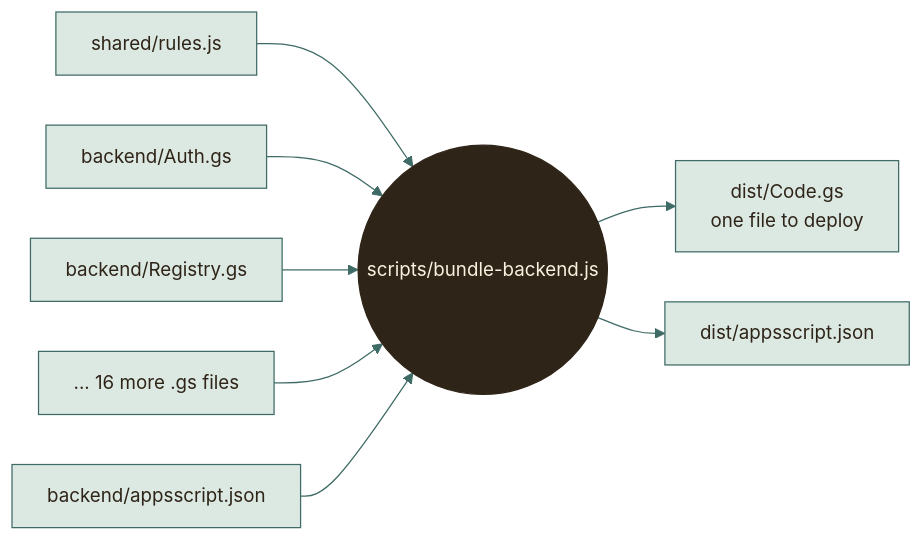
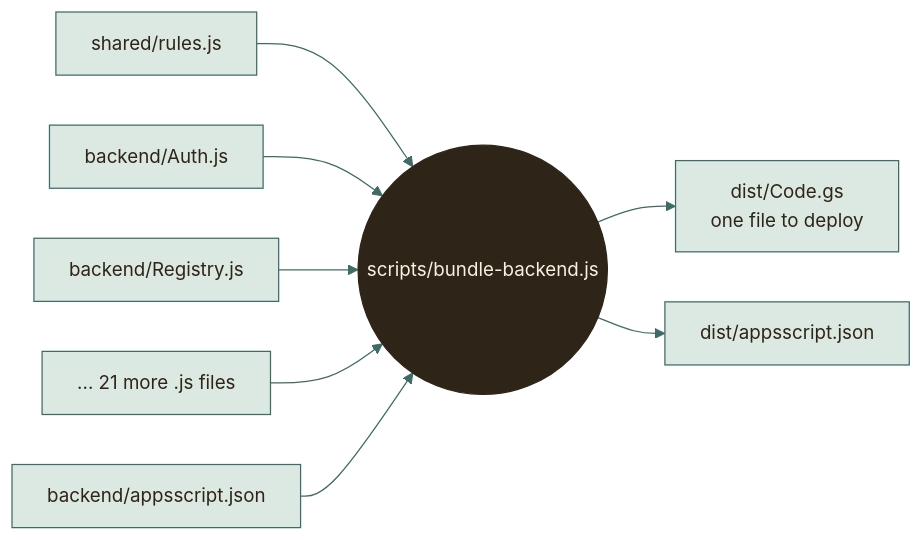
One commit to moyeh04/forms-platform changed the fourth of 9 diagrams in docs/architecture/WORKAROUNDS.md. Above: the diagram before and after it, drawn with Mermaid. The commit also changed other lines of this file and 37 other files, not shown here.

````diff
--- a/docs/architecture/WORKAROUNDS.md
+++ b/docs/architecture/WORKAROUNDS.md
@@ -235,40 +235,40 @@
 ```mermaid
 %%{init: {
   'theme': 'base',
   'themeVariables': {
     'fontFamily': 'ui-sans-serif, system-ui, -apple-system, Segoe UI, Roboto, sans-serif',
     'fontSize': '15px',
     'primaryColor': '#DCE9E2', 'primaryBorderColor': '#3F6B66', 'primaryTextColor': '#2F2418',
     'secondaryColor': '#F0E4C8', 'secondaryBorderColor': '#C9A24A', 'secondaryTextColor': '#2F2418',
     'tertiaryColor': '#F6EFDC', 'tertiaryBorderColor': '#CDBB94', 'tertiaryTextColor': '#2F2418',
     'lineColor': '#3F6B66', 'textColor': '#2F2418', 'mainBkg': '#DCE9E2', 'nodeBorder': '#3F6B66',
     'clusterBkg': '#F6EFDC', 'clusterBorder': '#CDBB94', 'titleColor': '#2F2418',
     'edgeLabelBackground': '#F8F1DD',
     'actorBkg': '#DCE9E2', 'actorBorder': '#3F6B66', 'actorTextColor': '#2F2418', 'actorLineColor': '#8FB3AB',
     'signalColor': '#477A73', 'signalTextColor': '#477A73',
     'labelBoxBkgColor': '#F0E4C8', 'labelBoxBorderColor': '#C9A24A', 'labelTextColor': '#2F2418', 'loopTextColor': '#6A5A44',
     'noteBkgColor': '#FBEFC9', 'noteBorderColor': '#C9A24A', 'noteTextColor': '#2F2418',
     'activationBkgColor': '#DCE9E2', 'activationBorderColor': '#3F6B66', 'sequenceNumberColor': '#F8F1DD',
     'transitionColor': '#3F6B66', 'stateLabelColor': '#2F2418', 'stateBkg': '#DCE9E2', 'altBackground': '#F6EFDC',
     'attributeBackgroundColorOdd': '#F8F1DD', 'attributeBackgroundColorEven': '#F0E4C8'
   },
   'flowchart': {'curve': 'basis', 'padding': 14, 'nodeSpacing': 40, 'rankSpacing': 46},
   'sequence': {'mirrorActors': false, 'messageMargin': 34, 'boxMargin': 8}
 }}%%
 flowchart LR
     r["shared/rules.js"] --> bundle
-    b1["backend/Auth.gs"] --> bundle
-    b2["backend/Registry.gs"] --> bundle
-    b3["... 16 more .gs files"] --> bundle
+    b1["backend/Auth.js"] --> bundle
+    b2["backend/Registry.js"] --> bundle
+    b3["... 21 more .js files"] --> bundle
     bundle(("scripts/bundle-backend.js"))
     bundle --> out["dist/Code.gs<br/>one file to deploy"]
     manifest["backend/appsscript.json"] --> bundle
     bundle --> out2["dist/appsscript.json"]
     classDef cDb fill:#F3E2B3,stroke:#B8892D,stroke-width:1.5px,color:#2F2418
     classDef cActor fill:#F4D9D3,stroke:#9A3328,stroke-width:1.5px,color:#2F2418
     classDef cDec fill:#FBEFC9,stroke:#C9A24A,stroke-width:1.5px,color:#2F2418
     classDef cEnd fill:#2F2418,stroke:#2F2418,color:#F8F1DD
     classDef cErr fill:#F6D5CF,stroke:#A12B1F,stroke-width:1.5px,color:#5A140C
     classDef cOk fill:#BFD9CF,stroke:#2E5A55,stroke-width:1.5px,color:#17302D
     class bundle cEnd
 ```
````
